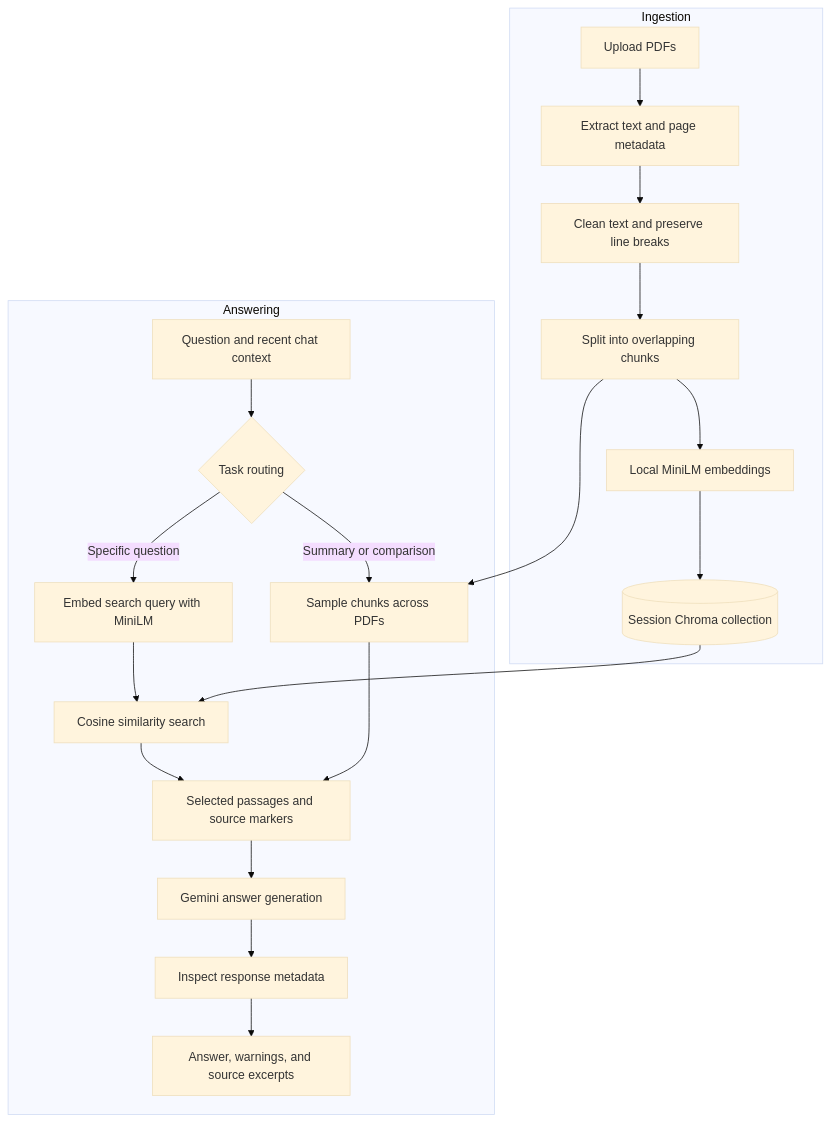
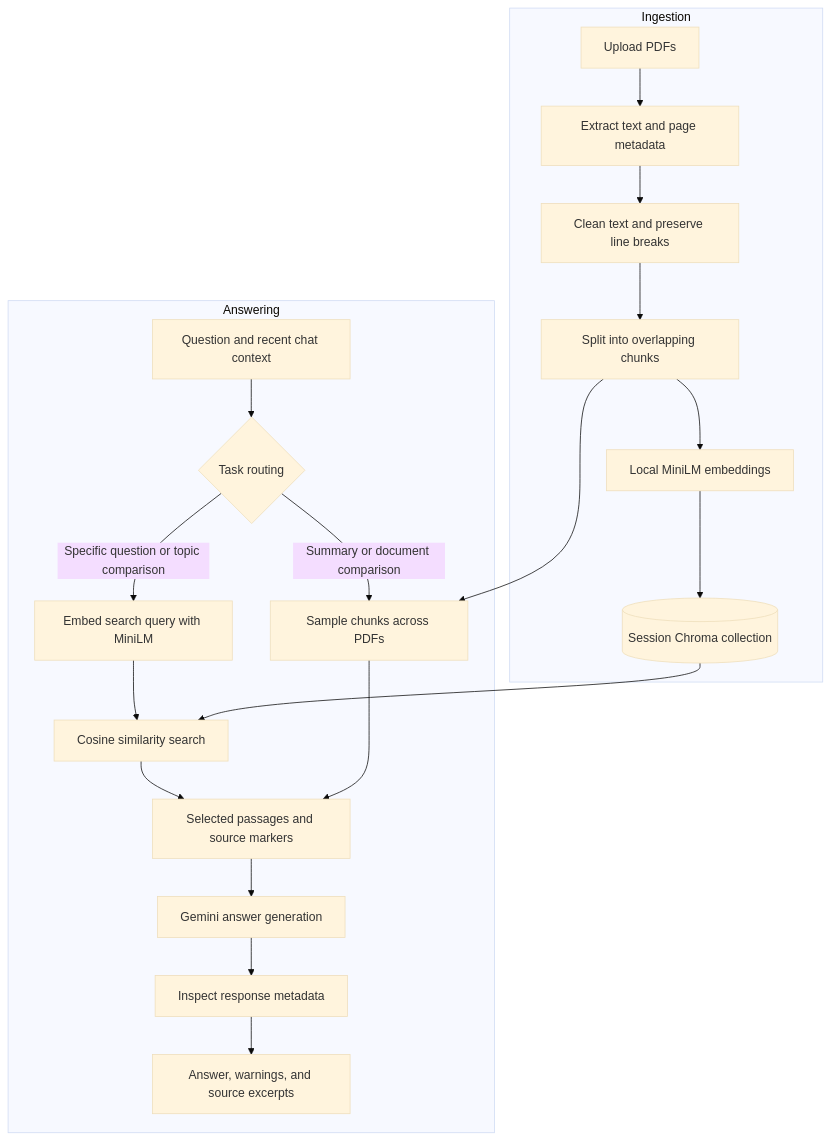
One commit to Mann-Raval/doclens-rag changed the diagram in README.md. Above: the diagram before and after it, drawn with Mermaid (base theme). The commit also changed other lines of this file and 13 other files, not shown here.

````diff
--- a/README.md
+++ b/README.md
@@ -34,24 +36,24 @@
 ```mermaid
 flowchart TD
     subgraph Ingestion
         A["Upload PDFs"] --> B["Extract text and page metadata"]
         B --> C["Clean text and preserve line breaks"]
         C --> D["Split into overlapping chunks"]
         D --> E["Local MiniLM embeddings"]
         E --> F[("Session Chroma collection")]
     end
 
     subgraph Answering
         G["Question and recent chat context"] --> H{"Task routing"}
-        H -->|Specific question| I["Embed search query with MiniLM"]
+        H -->|Specific question or topic comparison| I["Embed search query with MiniLM"]
         I --> J["Cosine similarity search"]
         F --> J
         J --> K["Selected passages and source markers"]
-        H -->|Summary or comparison| L["Sample chunks across PDFs"]
+        H -->|Summary or document comparison| L["Sample chunks across PDFs"]
         D --> L
         L --> K
         K --> M["Gemini answer generation"]
         M --> N["Inspect response metadata"]
         N --> O["Answer, warnings, and source excerpts"]
     end
 ```
````
